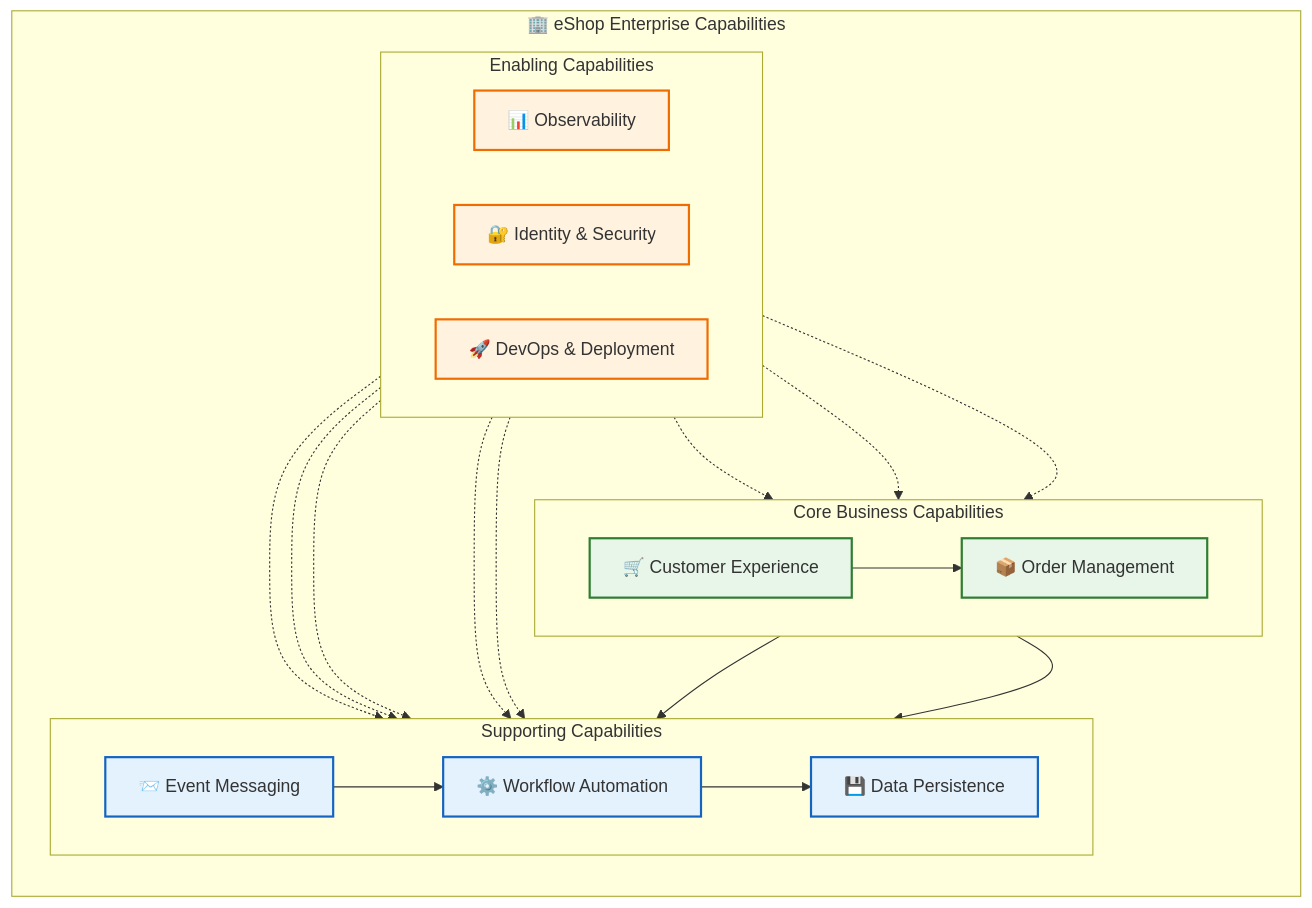
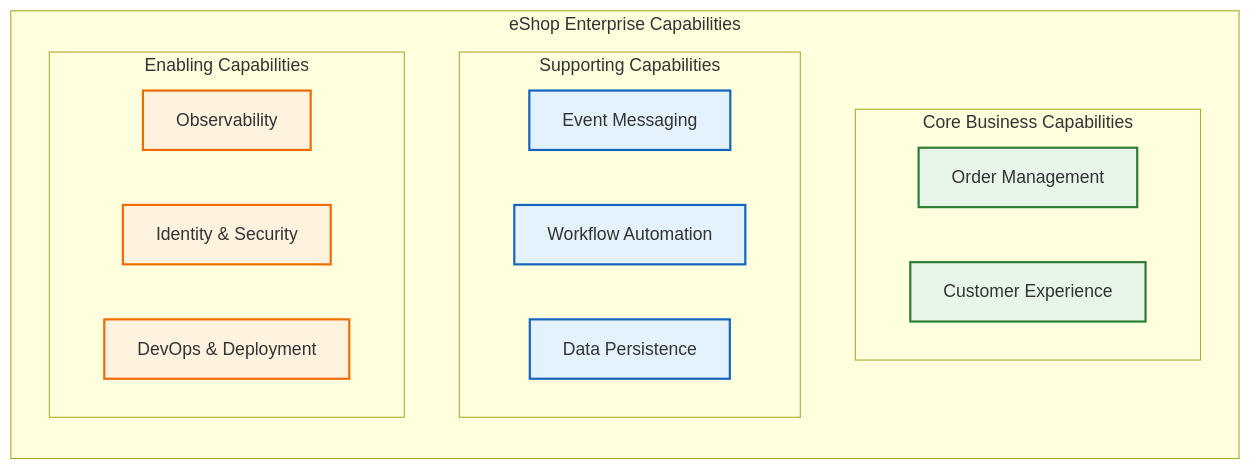
The first of 4 diagrams in docs/architecture/01-business-architecture.md (Evilazaro/Azure-LogicApps-Monitoring), drawn with Mermaid before and after one commit. The commit also changed other lines of this file and 1 other file, not shown here.

Commit message:
Refactor business architecture and README documentation for improved clarity and consistency

````diff
--- a/docs/architecture/01-business-architecture.md
+++ b/docs/architecture/01-business-architecture.md
@@ -42,49 +42,34 @@
 ```mermaid
 flowchart TB
-    subgraph Enterprise["🏢 eShop Enterprise Capabilities"]
+    subgraph Enterprise["eShop Enterprise Capabilities"]
         direction TB
 
         subgraph Core["Core Business Capabilities"]
             direction LR
-            OrderMgmt["📦 Order Management"]
-            CustExp["🛒 Customer Experience"]
+            OrderMgmt["Order Management"]
+            CustExp["Customer Experience"]
         end
 
         subgraph Supporting["Supporting Capabilities"]
             direction LR
-            Messaging["📨 Event Messaging"]
-            Workflow["⚙️ Workflow Automation"]
-            DataPersist["💾 Data Persistence"]
+            Messaging["Event Messaging"]
+            Workflow["Workflow Automation"]
+            DataPersist["Data Persistence"]
         end
 
         subgraph Enabling["Enabling Capabilities"]
             direction LR
-            Observability["📊 Observability"]
-            Security["🔐 Identity & Security"]
-            DevOps["🚀 DevOps & Deployment"]
+            Observability["Observability"]
+            Security["Identity & Security"]
+            DevOps["DevOps & Deployment"]
         end
     end
-
-    OrderMgmt --> Messaging
-    OrderMgmt --> DataPersist
-    CustExp --> OrderMgmt
-    Messaging --> Workflow
-    Workflow --> DataPersist
-
-    Observability -.-> OrderMgmt
-    Observability -.-> Messaging
-    Observability -.-> Workflow
-    Security -.-> OrderMgmt
-    Security -.-> Messaging
-    Security -.-> Workflow
-    DevOps -.-> Core
-    DevOps -.-> Supporting
 
     classDef core fill:#e8f5e9,stroke:#2e7d32,stroke-width:2px
     classDef supporting fill:#e3f2fd,stroke:#1565c0,stroke-width:2px
     classDef enabling fill:#fff3e0,stroke:#ef6c00,stroke-width:2px
 
     class OrderMgmt,CustExp core
     class Messaging,Workflow,DataPersist supporting
     class Observability,Security,DevOps enabling
 ```
````
